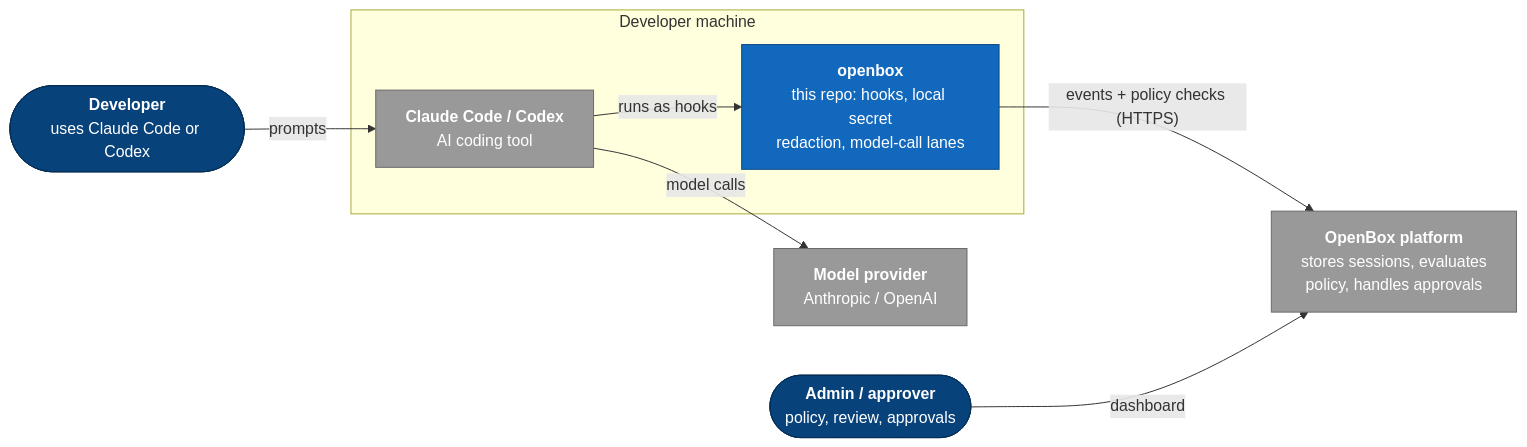
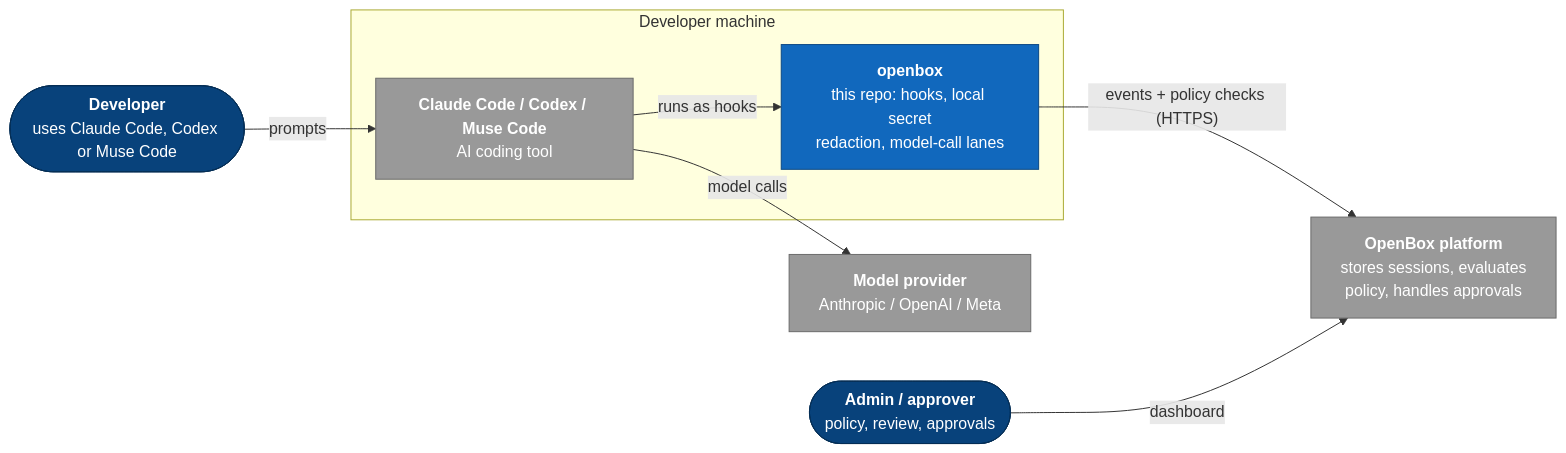
Before and after one commit to OpenBox-AI/openbox-shift-left: the diagram in README.md, drawn with Mermaid. The commit also changed other lines of this file and 9 other files, not shown here.

First line of the commit message:
docs: document Muse Code as the third governed tool

````diff
--- a/README.md
+++ b/README.md
@@ -14,22 +14,22 @@
 ```mermaid
 flowchart LR
-  dev(["<b>Developer</b><br/>uses Claude Code or Codex"]):::person
+  dev(["<b>Developer</b><br/>uses Claude Code, Codex or Muse Code"]):::person
   subgraph machine["Developer machine"]
-    tool["<b>Claude Code / Codex</b><br/>AI coding tool"]:::external
+    tool["<b>Claude Code / Codex / Muse Code</b><br/>AI coding tool"]:::external
     ob["<b>openbox</b><br/>this repo: hooks, local secret<br/>redaction, model-call lanes"]:::system
   end
   platform["<b>OpenBox platform</b><br/>stores sessions, evaluates<br/>policy, handles approvals"]:::external
-  model["<b>Model provider</b><br/>Anthropic / OpenAI"]:::external
+  model["<b>Model provider</b><br/>Anthropic / OpenAI / Meta"]:::external
   admin(["<b>Admin / approver</b><br/>policy, review, approvals"]):::person
   dev -- prompts --> tool
   tool -- "runs as hooks" --> ob
   tool -- "model calls" --> model
   ob -- "events + policy checks (HTTPS)" --> platform
   admin -- dashboard --> platform
   classDef person fill:#08427b,stroke:#052e56,color:#fff
   classDef system fill:#1168bd,stroke:#0b4884,color:#fff
   classDef container fill:#438dd5,stroke:#2e6295,color:#fff
   classDef component fill:#85bbf0,stroke:#5d82a8,color:#000
   classDef store fill:#438dd5,stroke:#2e6295,color:#fff
   classDef external fill:#999999,stroke:#6b6b6b,color:#fff
 ```
````
